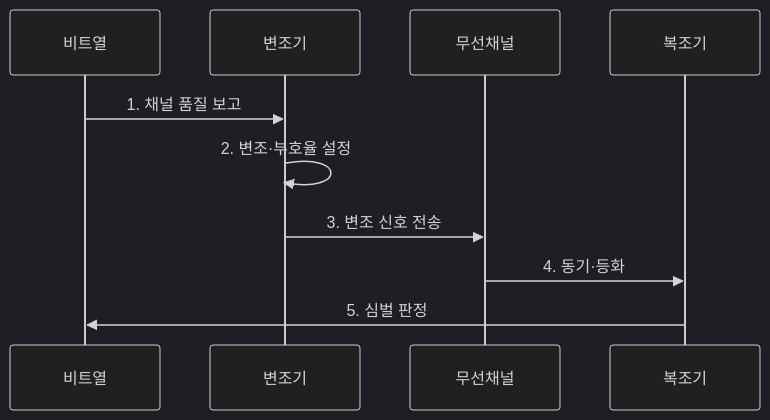
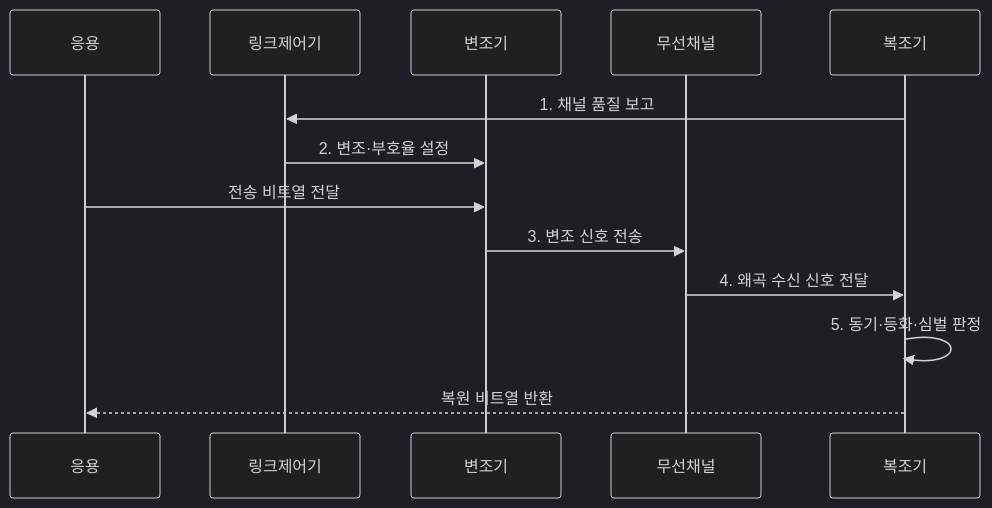
One commit to agnusdei1207/knowledge-base changed the second of 2 diagrams in src/content/docs/notes/04-network/066_modulation_methods.md. Above: the diagram before and after it, drawn with Mermaid (dark theme). The commit also changed other lines of this file and 20 other files, not shown here.

````diff
--- a/src/content/docs/notes/04-network/066_modulation_methods.md
+++ b/src/content/docs/notes/04-network/066_modulation_methods.md
@@ -88,12 +94,15 @@
 ```mermaid
 sequenceDiagram
-    participant 비트열
+    participant 응용
+    participant 링크제어기
     participant 변조기
     participant 무선채널
     participant 복조기
-    비트열->>변조기: 1. 채널 품질 보고
-    변조기->>변조기: 2. 변조·부호율 설정
+    복조기->>링크제어기: 1. 채널 품질 보고
+    링크제어기->>변조기: 2. 변조·부호율 설정
+    응용->>변조기: 전송 비트열 전달
     변조기->>무선채널: 3. 변조 신호 전송
-    무선채널->>복조기: 4. 동기·등화
-    복조기->>비트열: 5. 심벌 판정
+    무선채널->>복조기: 4. 왜곡 수신 신호 전달
+    복조기->>복조기: 5. 동기·등화·심벌 판정
+    복조기-->>응용: 복원 비트열 반환
 ```
````
